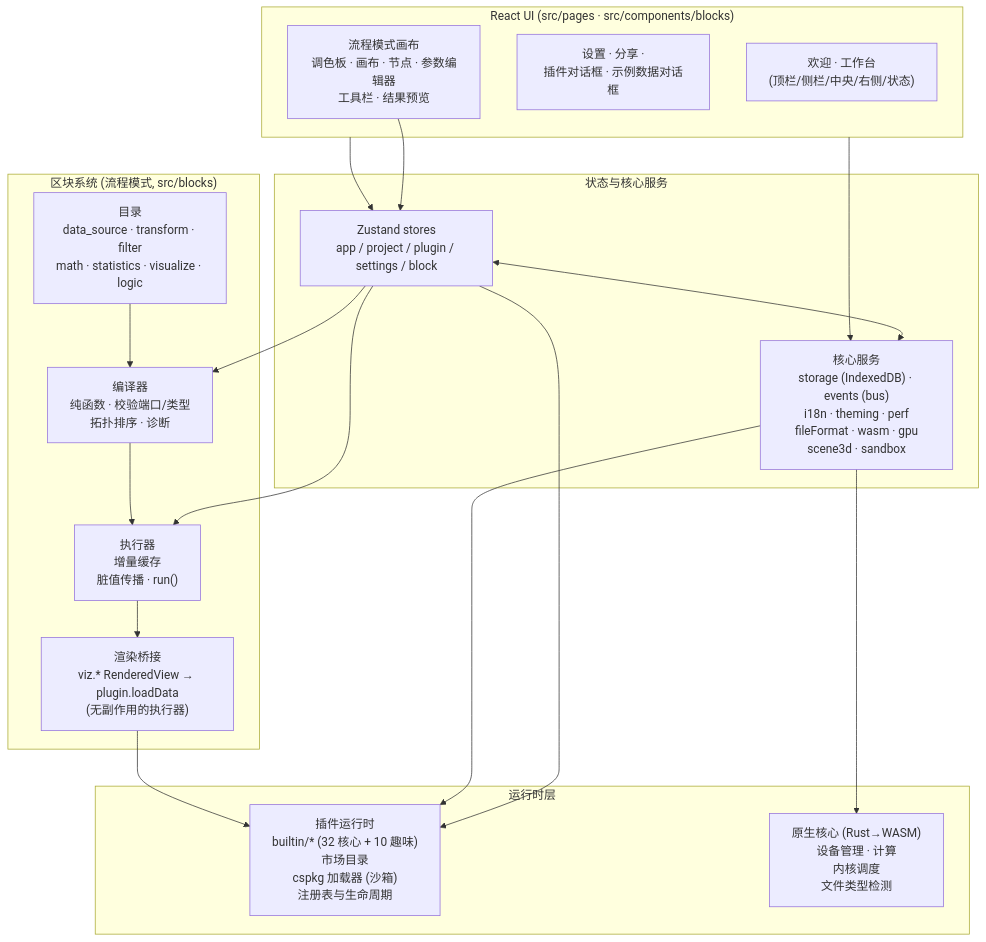
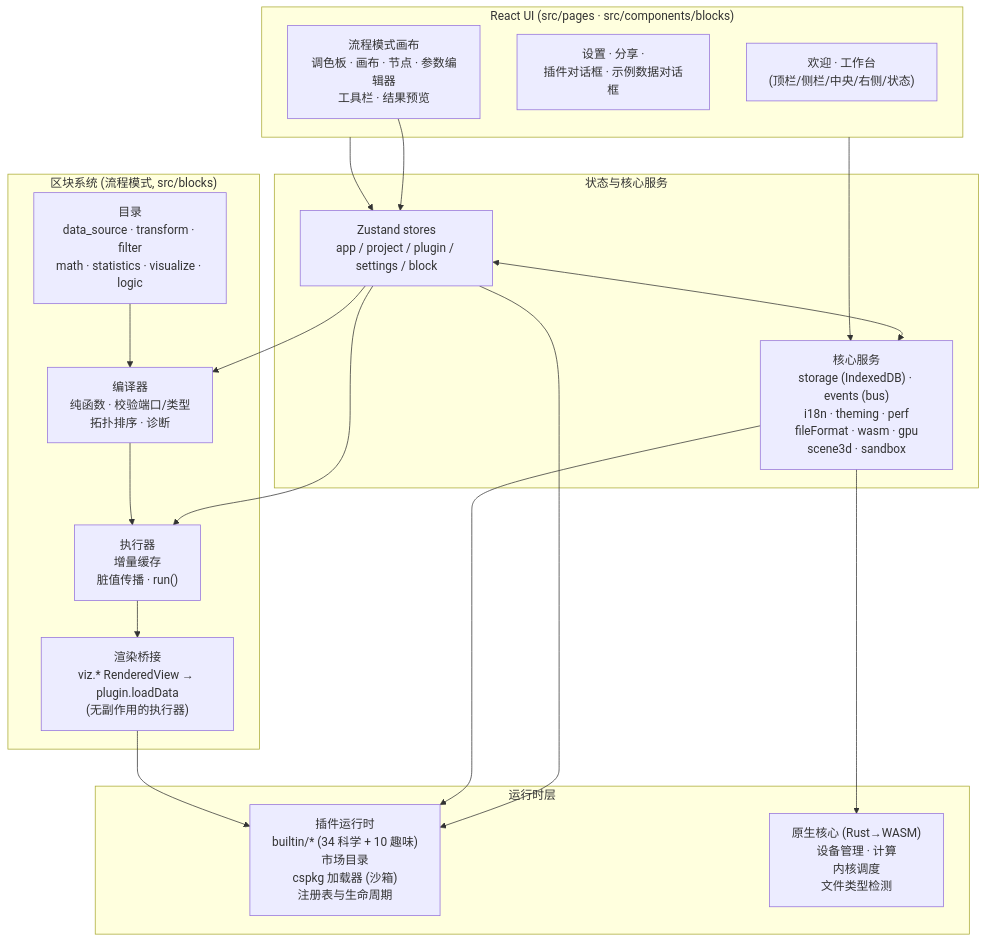
The diagram in README.zh-CN.md (SnowLeopard-io/ErgalicsStudio), drawn with Mermaid before and after one commit. The commit also changed other lines of this file and 44 other files, not shown here.

````diff
--- a/README.zh-CN.md
+++ b/README.zh-CN.md
@@ -185,39 +185,39 @@
 ```mermaid
 flowchart TB
     subgraph UI["React UI (src/pages · src/components/blocks)"]
         A1["欢迎 · 工作台<br/>(顶栏/侧栏/中央/右侧/状态)"]
         A2["设置 · 分享 ·<br/>插件对话框 · 示例数据对话框"]
         A3["流程模式画布<br/>调色板 · 画布 · 节点 · 参数编辑器<br/>工具栏 · 结果预览"]
     end
 
     subgraph State["状态与核心服务"]
         B1["Zustand stores<br/>app / project / plugin / settings / block"]
         B2["核心服务<br/>storage (IndexedDB) · events (bus)<br/>i18n · theming · perf<br/>fileFormat · wasm · gpu<br/>scene3d · sandbox"]
     end
 
     subgraph Blocks["区块系统 (流程模式, src/blocks)"]
         D1["目录<br/>data_source · transform · filter<br/>math · statistics · visualize · logic"]
         D2["编译器<br/>纯函数 · 校验端口/类型<br/>拓扑排序 · 诊断"]
         D3["执行器<br/>增量缓存<br/>脏值传播 · run()"]
         D4["渲染桥接<br/>viz.* RenderedView → plugin.loadData<br/>(无副作用的执行器)"]
     end
 
     subgraph Runtime["运行时层"]
-        C1["插件运行时<br/>builtin/* (32 核心 + 10 趣味)<br/>市场目录<br/>cspkg 加载器 (沙箱)<br/>注册表与生命周期"]
+        C1["插件运行时<br/>builtin/* (34 科学 + 10 趣味)<br/>市场目录<br/>cspkg 加载器 (沙箱)<br/>注册表与生命周期"]
         C2["原生核心 (Rust→WASM)<br/>设备管理 · 计算<br/>内核调度<br/>文件类型检测"]
     end
 
     UI --> B1
     UI --> B2
     B1 <--> B2
     B1 --> C1
     B2 --> C1
     B2 --> C2
     A3 --> B1
     B1 --> D2
     B1 --> D3
     D2 --> D3
     D1 --> D2
     D3 --> D4
     D4 --> C1
 ```
````
